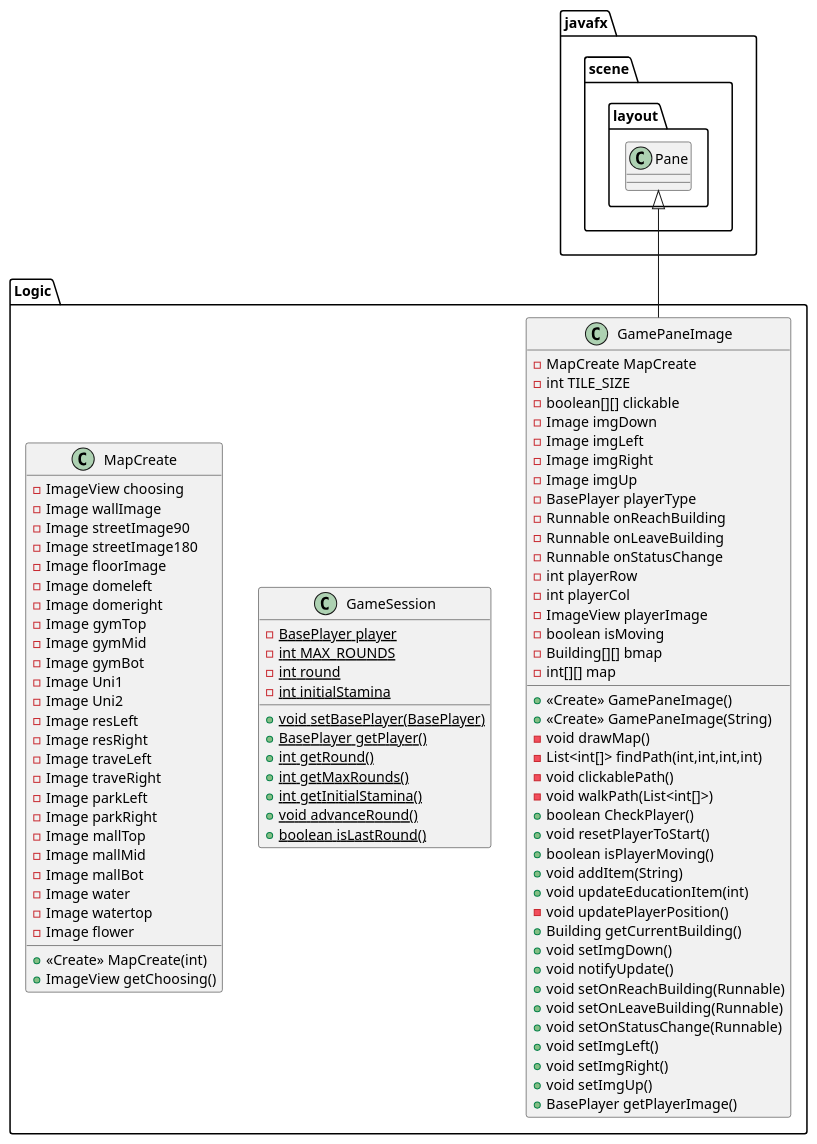
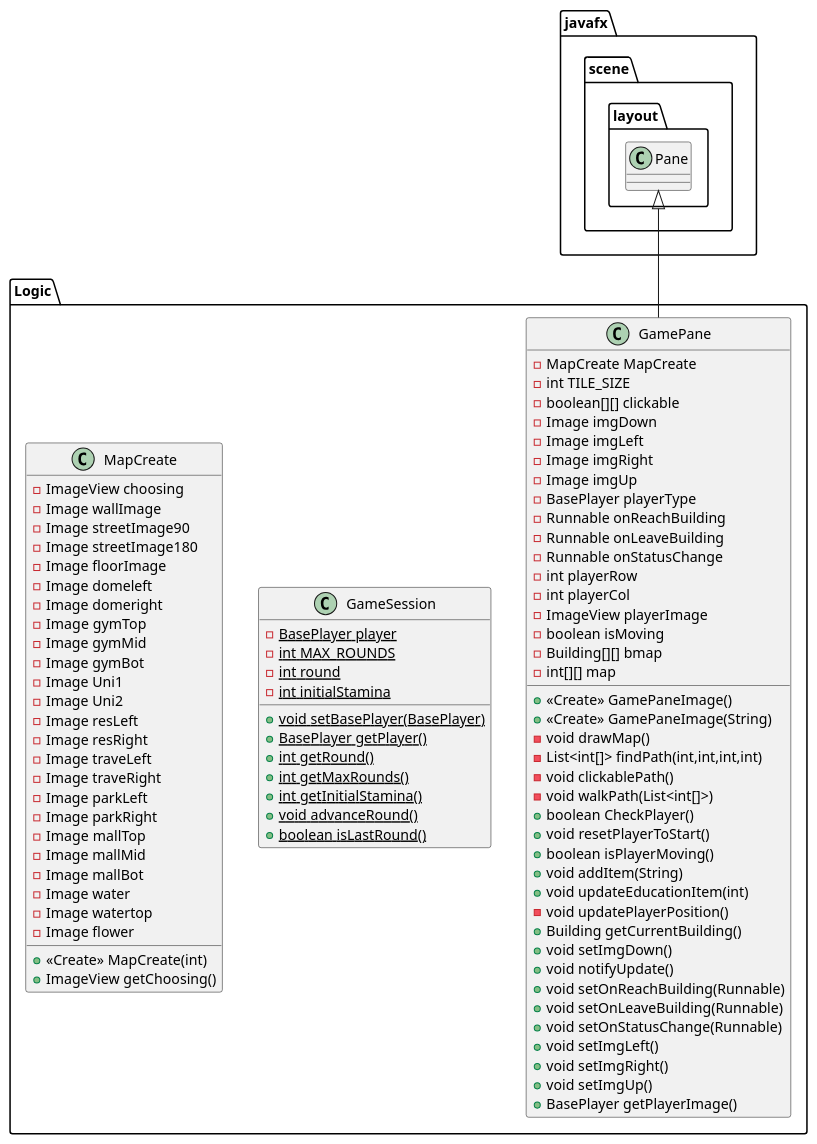
The diagram in src/main/resources/UML/Logic/UML_Logic.puml (ChawissCEDT/NoTimeToGetBadges), drawn with PlantUML before and after one commit. The commit also changed 165 other files, not shown here.

```diff
--- a/src/main/resources/UML/Logic/UML_Logic.puml
+++ b/src/main/resources/UML/Logic/UML_Logic.puml
@@ -1,93 +1,93 @@
 @startuml
-class Logic.GamePaneImage {
+class Logic.GamePane {
 - MapCreate MapCreate
 - int TILE_SIZE
 - boolean[][] clickable
 - Image imgDown
 - Image imgLeft
 - Image imgRight
 - Image imgUp
 - BasePlayer playerType
 - Runnable onReachBuilding
 - Runnable onLeaveBuilding
 - Runnable onStatusChange
 - int playerRow
 - int playerCol
 - ImageView playerImage
 - boolean isMoving
 - Building[][] bmap
 - int[][] map
 + <<Create>> GamePaneImage()
 + <<Create>> GamePaneImage(String)
 - void drawMap()
 - List<int[]> findPath(int,int,int,int)
 - void clickablePath()
 - void walkPath(List<int[]>)
 + boolean CheckPlayer()
 + void resetPlayerToStart()
 + boolean isPlayerMoving()
 + void addItem(String)
 + void updateEducationItem(int)
 - void updatePlayerPosition()
 + Building getCurrentBuilding()
 + void setImgDown()
 + void notifyUpdate()
 + void setOnReachBuilding(Runnable)
 + void setOnLeaveBuilding(Runnable)
 + void setOnStatusChange(Runnable)
 + void setImgLeft()
 + void setImgRight()
 + void setImgUp()
 + BasePlayer getPlayerImage()
 }
 
 
 class Logic.GameSession {
 - {static} BasePlayer player
 - {static} int MAX_ROUNDS
 - {static} int round
 - {static} int initialStamina
 + {static} void setBasePlayer(BasePlayer)
 + {static} BasePlayer getPlayer()
 + {static} int getRound()
 + {static} int getMaxRounds()
 + {static} int getInitialStamina()
 + {static} void advanceRound()
 + {static} boolean isLastRound()
 }
 
 
 class Logic.MapCreate {
 - ImageView choosing
 - Image wallImage
 - Image streetImage90
 - Image streetImage180
 - Image floorImage
 - Image domeleft
 - Image domeright
 - Image gymTop
 - Image gymMid
 - Image gymBot
 - Image Uni1
 - Image Uni2
 - Image resLeft
 - Image resRight
 - Image traveLeft
 - Image traveRight
 - Image parkLeft
 - Image parkRight
 - Image mallTop
 - Image mallMid
 - Image mallBot
 - Image water
 - Image watertop
 - Image flower
 + <<Create>> MapCreate(int)
 + ImageView getChoosing()
 }
 
 
 
 
-javafx.scene.layout.Pane <|-- Logic.GamePaneImage
+javafx.scene.layout.Pane <|-- Logic.GamePane
 @enduml
```
